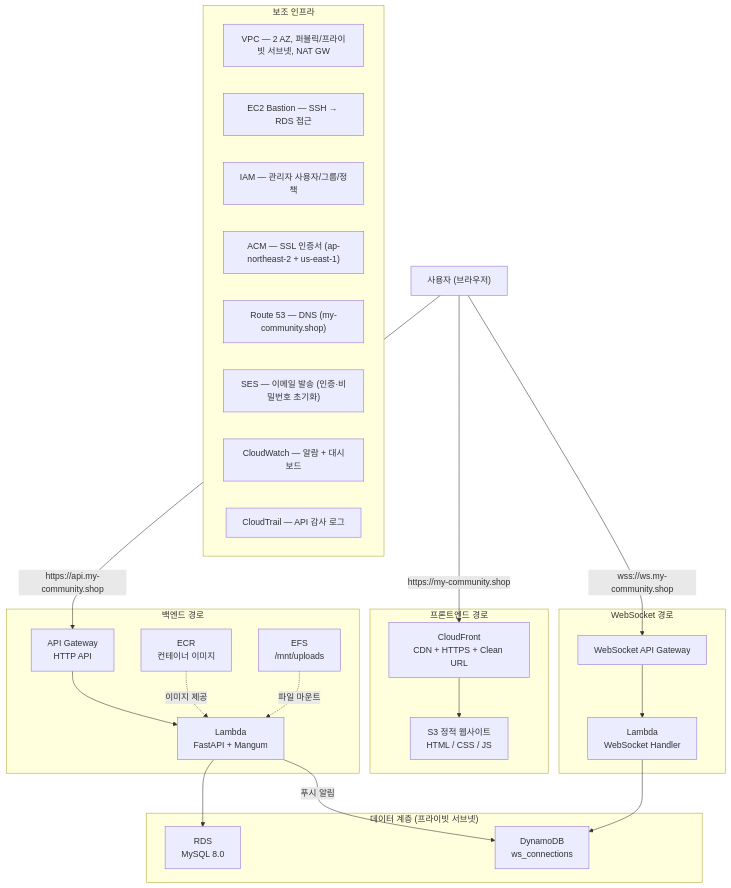
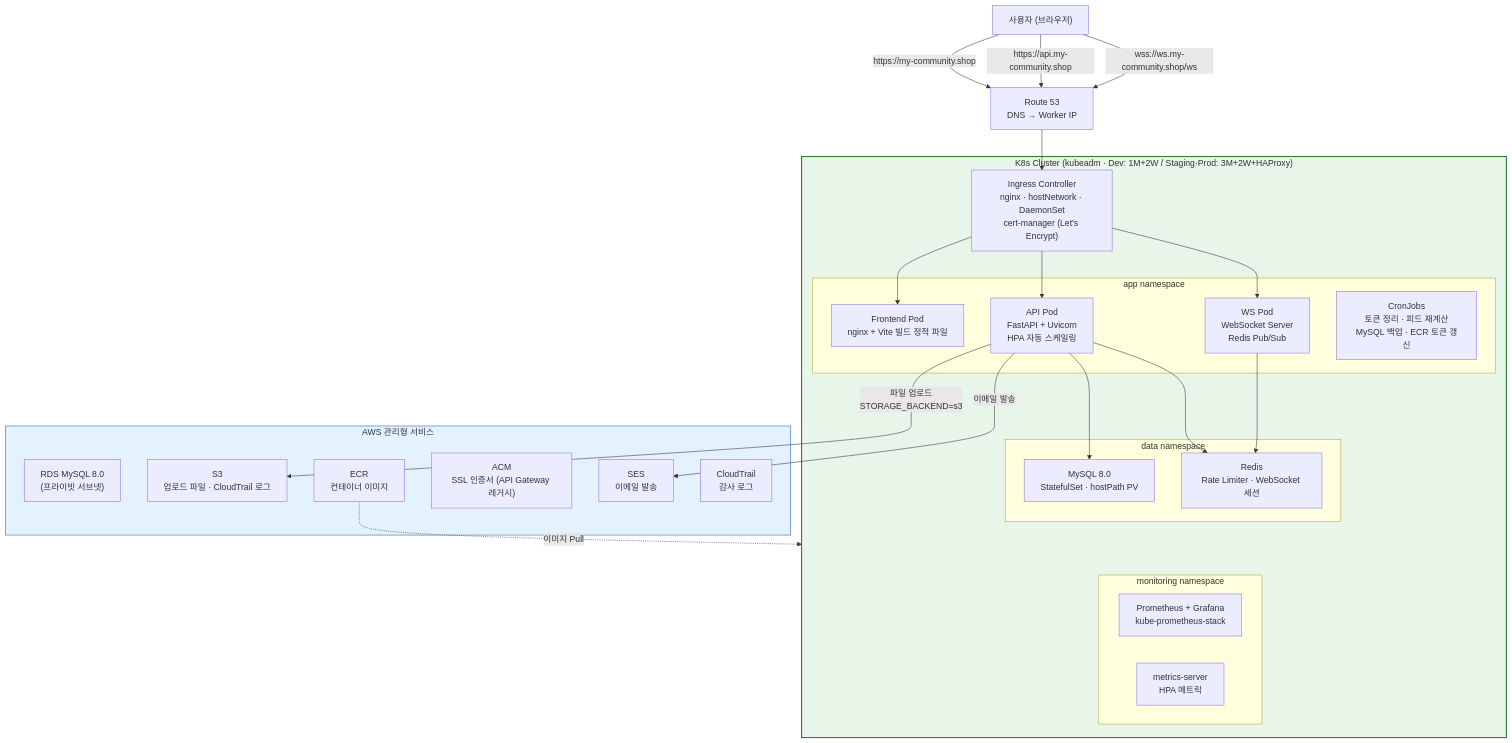
Before and after one commit to revenantonthemission/2-cho-community-infra: the first of 3 diagrams in README.md, drawn with Mermaid. The commit also changed other lines of this file and 4 other files, not shown here.

````diff
--- a/README.md
+++ b/README.md
@@ -28,51 +28,56 @@
 ```mermaid
 flowchart TD
     User["사용자 (브라우저)"]
 
-    User -->|"https://my-community.shop"| CF
-    User -->|"https://api.my-community.shop"| APIGW
+    User -->|"https://my-community.shop"| R53
+    User -->|"https://api.my-community.shop"| R53
+    User -->|"wss://ws.my-community.shop/ws"| R53
 
-    subgraph Frontend["프론트엔드 경로"]
-        CF["CloudFront<br/>CDN + HTTPS + Clean URL"]
-        S3["S3 정적 웹사이트<br/>HTML / CSS / JS"]
-        CF --> S3
+    R53["Route 53<br/>DNS → Worker IP"]
+
+    R53 --> Ingress
+
+    subgraph K8s["K8s Cluster (kubeadm · Dev: 1M+2W / Staging·Prod: 3M+2W+HAProxy)"]
+        Ingress["Ingress Controller<br/>nginx · hostNetwork · DaemonSet<br/>cert-manager (Let's Encrypt)"]
+
+        subgraph AppNS["app namespace"]
+            FE["Frontend Pod<br/>nginx + Vite 빌드 정적 파일"]
+            API["API Pod<br/>FastAPI + Uvicorn<br/>HPA 자동 스케일링"]
+            WS["WS Pod<br/>WebSocket Server<br/>Redis Pub/Sub"]
+            CronJobs["CronJobs<br/>토큰 정리 · 피드 재계산<br/>MySQL 백업 · ECR 토큰 갱신"]
+        end
+
+        subgraph DataNS["data namespace"]
+            MySQL["MySQL 8.0<br/>StatefulSet · hostPath PV"]
+            Redis["Redis<br/>Rate Limiter · WebSocket 세션"]
+        end
+
+        subgraph MonNS["monitoring namespace"]
+            Prometheus["Prometheus + Grafana<br/>kube-prometheus-stack"]
+            MetricsSrv["metrics-server<br/>HPA 메트릭"]
+        end
+
+        Ingress --> FE
+        Ingress --> API
+        Ingress --> WS
+        API --> MySQL
+        API --> Redis
+        WS --> Redis
     end
 
-    subgraph Backend["백엔드 경로"]
-        APIGW["API Gateway<br/>HTTP API"]
-        Lambda["Lambda<br/>FastAPI + Mangum"]
+    subgraph AWS["AWS 관리형 서비스"]
+        RDS["RDS MySQL 8.0<br/>(프라이빗 서브넷)"]
+        S3["S3<br/>업로드 파일 · CloudTrail 로그"]
         ECR["ECR<br/>컨테이너 이미지"]
-        EFS["EFS<br/>/mnt/uploads"]
-        APIGW --> Lambda
-        ECR -.->|"이미지 제공"| Lambda
-        EFS -.->|"파일 마운트"| Lambda
+        ACM["ACM<br/>SSL 인증서 (API Gateway 레거시)"]
+        SES["SES<br/>이메일 발송"]
+        CT["CloudTrail<br/>감사 로그"]
     end
 
-    subgraph WebSocket["WebSocket 경로"]
-        WSGW["WebSocket API Gateway"]
-        Lambda_WS["Lambda<br/>WebSocket Handler"]
-        WSGW --> Lambda_WS
-    end
+    API -->|"파일 업로드<br/>STORAGE_BACKEND=s3"| S3
+    API -->|"이메일 발송"| SES
+    ECR -.->|"이미지 Pull"| K8s
 
-    User -->|"wss://ws.my-community.shop"| WSGW
-
-    subgraph Data["데이터 계층 (프라이빗 서브넷)"]
-        RDS["RDS<br/>MySQL 8.0"]
-        DynamoDB["DynamoDB<br/>ws_connections"]
-    end
-
-    Lambda --> RDS
-    Lambda -->|"푸시 알림"| DynamoDB
-    Lambda_WS --> DynamoDB
-
-    subgraph Infra["보조 인프라"]
-        VPC["VPC — 2 AZ, 퍼블릭/프라이빗 서브넷, NAT GW"]
-        EC2["EC2 Bastion — SSH → RDS 접근"]
-        IAM["IAM — 관리자 사용자/그룹/정책"]
-        ACM["ACM — SSL 인증서 (ap-northeast-2 + us-east-1)"]
-        R53["Route 53 — DNS (my-community.shop)"]
-        SES["SES — 이메일 발송 (인증·비밀번호 초기화)"]
-        CW["CloudWatch — 알람 + 대시보드"]
-        CT["CloudTrail — API 감사 로그"]
-    end
+    style K8s fill:#e8f5e9,stroke:#2e7d32,stroke-width:2px
+    style AWS fill:#e3f2fd,stroke:#1565c0
 ```
````
